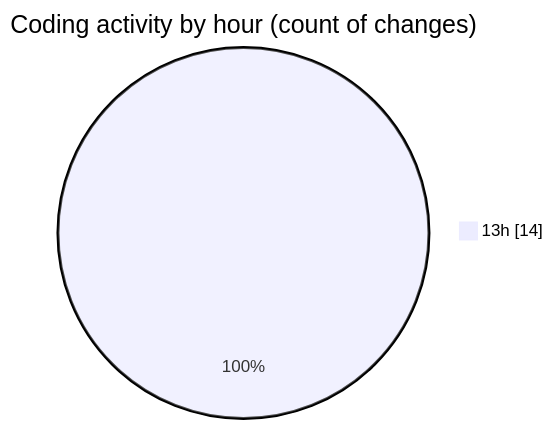
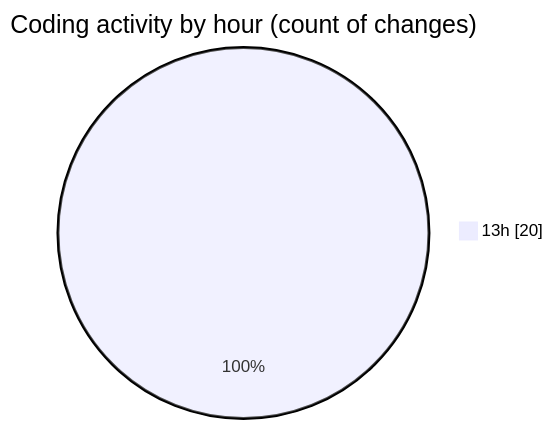
The second of 2 diagrams in 2025-01-26/desktop/README.md (Ritupan-Deka/code-tracking), drawn with Mermaid before and after one commit. The commit also changed other lines of this file and 1 other file, not shown here.

````diff
--- a/2025-01-26/desktop/README.md
+++ b/2025-01-26/desktop/README.md
@@ -28,5 +28,5 @@
 ```mermaid
 pie showData
 title Coding activity by hour (count of changes)
-"13h" : 14
+"13h" : 20
 ```
````
